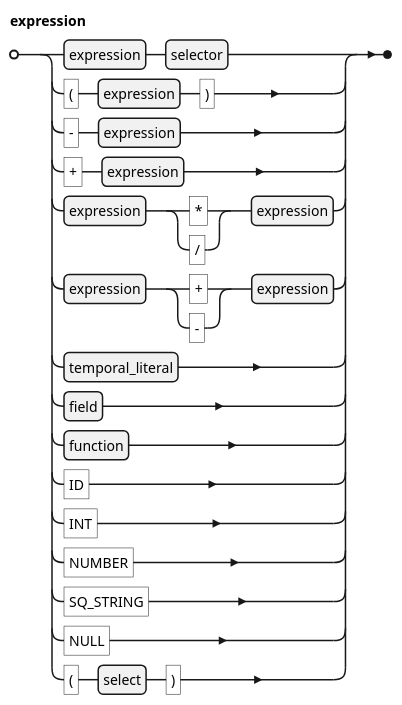
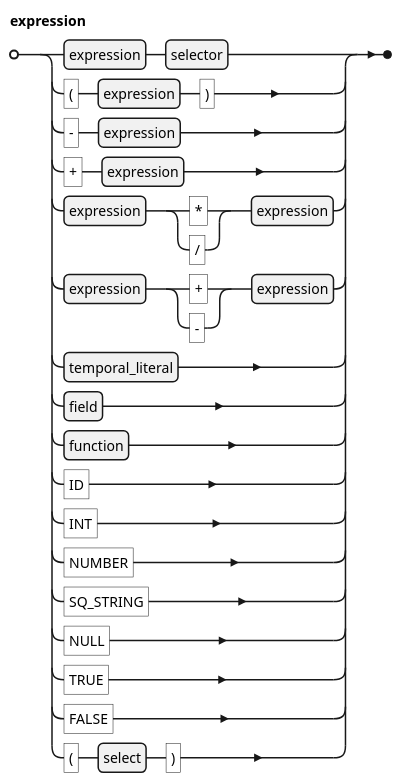
Before and after one commit to koryki-java/core: the diagram in docs/kql/expression.plantuml, drawn with PlantUML. The commit also changed 19 other files, not shown here.

First line of the commit message:
Add the boolean literals TRUE and FALSE

```diff
--- a/docs/kql/expression.plantuml
+++ b/docs/kql/expression.plantuml
@@ -1,26 +1,28 @@
 @startebnf
 ' border and background
 skinparam legendBorderColor transparent
 skinparam legendBackgroundColor white
 
 'title expression
 
 expression =
  expression, selector
 | "(", expression, ")"
 | "-", expression
 | "+", expression
 | expression, ("*" | "/"), expression
 | expression, ("+" | "-"), expression
 | temporal_literal
 | field
 | function
 | "ID"
 | "INT"
 | "NUMBER"
 | "SQ_STRING"
 | "NULL"
+| "TRUE"
+| "FALSE"
 | "(", select, ")"
 ;
 
 @endebnf
```
